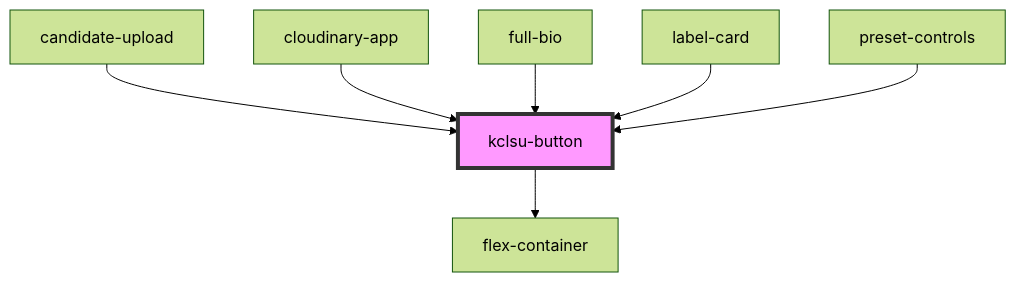
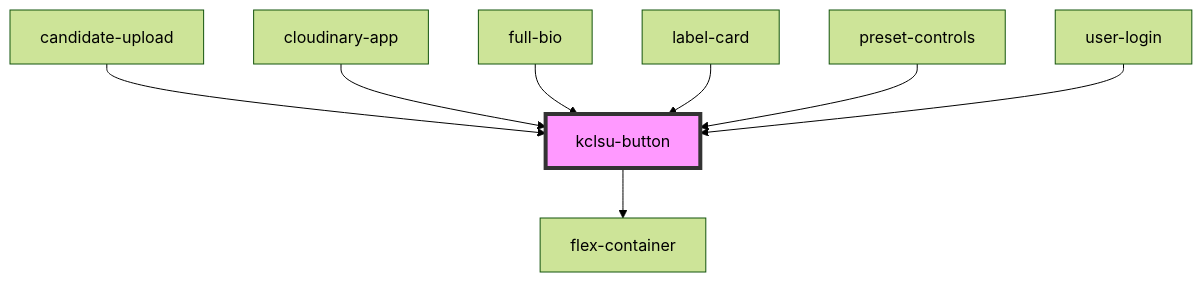
Before and after one commit to dev-kylo/component_library: the diagram in src/components/buttons/kclsu-button/readme.md, drawn with Mermaid (forest theme). The commit also changed other lines of this file and 46 other files, not shown here.

````diff
--- a/src/components/buttons/kclsu-button/readme.md
+++ b/src/components/buttons/kclsu-button/readme.md
@@ -49,10 +50,11 @@
 ```mermaid
 graph TD;
   kclsu-button --> flex-container
   candidate-upload --> kclsu-button
   cloudinary-app --> kclsu-button
   full-bio --> kclsu-button
   label-card --> kclsu-button
   preset-controls --> kclsu-button
+  user-login --> kclsu-button
   style kclsu-button fill:#f9f,stroke:#333,stroke-width:4px
 ```
````
